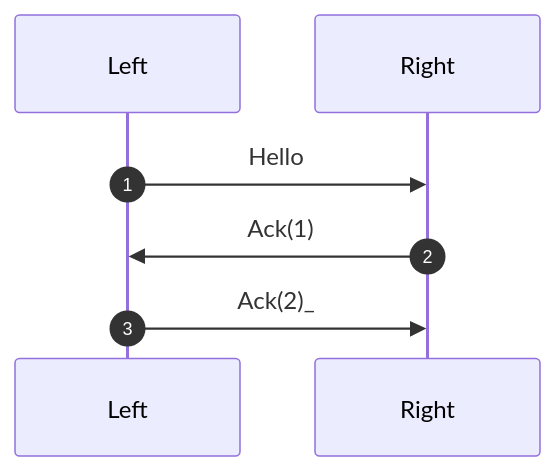
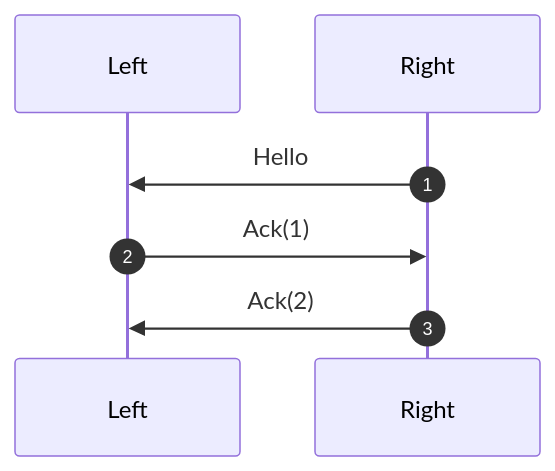
The first of 2 diagrams in docs/protocol_over_trrs.md (borisfaure/bastardkb-rs), drawn with Mermaid before and after one commit.

````diff
--- a/docs/protocol_over_trrs.md
+++ b/docs/protocol_over_trrs.md
@@ -16,9 +16,9 @@
 ```mermaid
 sequenceDiagram
     participant L as Left
     participant R as Right
     autonumber
-    L ->> R : Hello
-    R ->> L: Ack(1)
-    L ->> R: Ack(2)_
+    R ->> L : Hello
+    L ->> R: Ack(1)
+    R ->> L: Ack(2)
 ```
````
